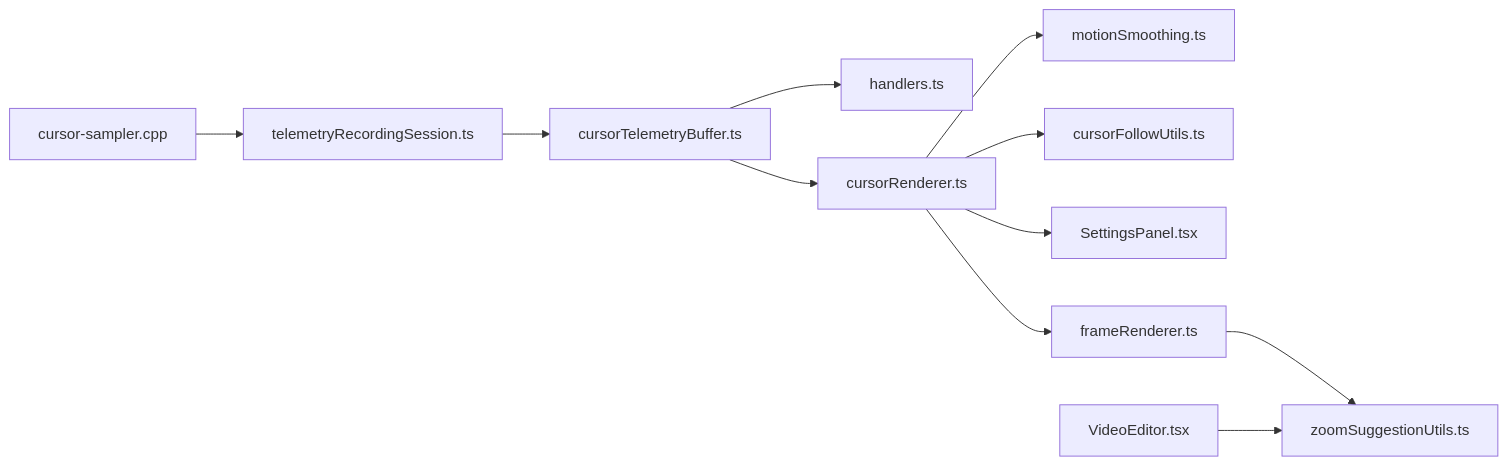
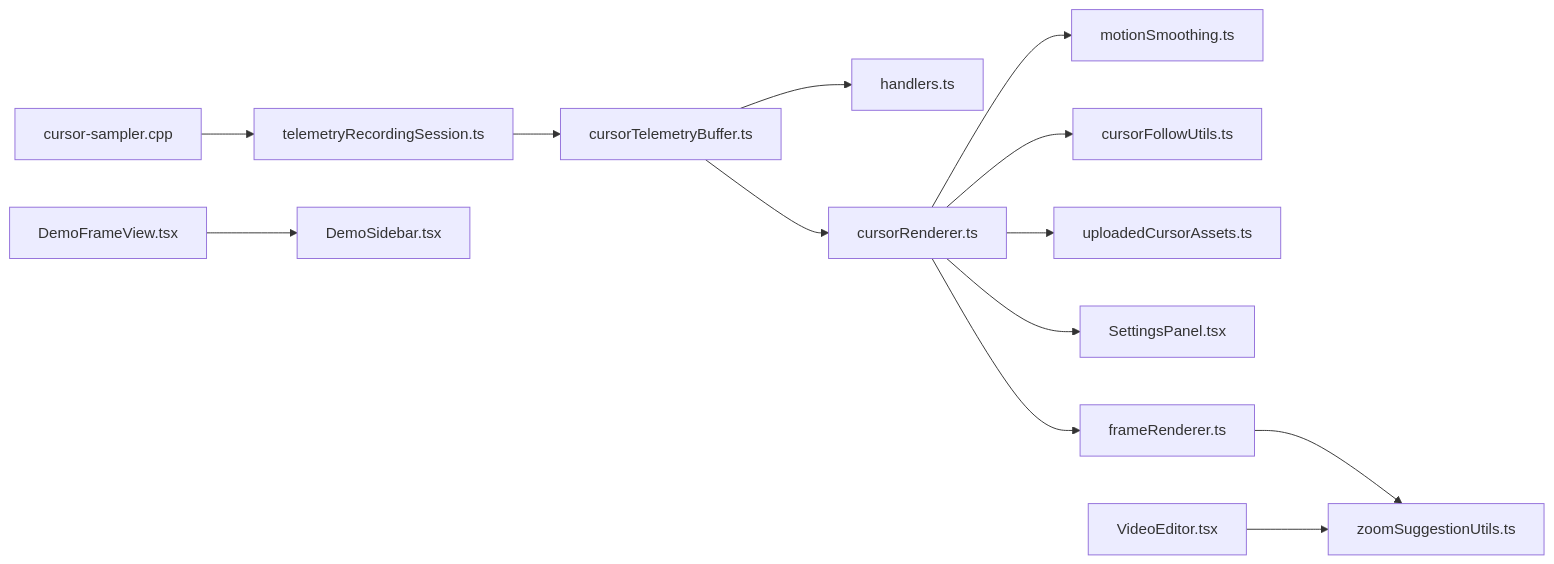
Before and after one commit to zhanggmin/openscreen: diagram 11 of 11 in .qoder/repowiki/zh/content/游标遥测系统/游标遥测系统.md, drawn with Mermaid. The commit also changed other lines of this file and 87 other files, not shown here.

````diff
--- a/.qoder/repowiki/zh/content/游标遥测系统/游标遥测系统.md
+++ b/.qoder/repowiki/zh/content/游标遥测系统/游标遥测系统.md
@@ -379,13 +477,15 @@
 ```mermaid
 graph LR
 CS["cursor-sampler.cpp"] --> TRS["telemetryRecordingSession.ts"]
 TRS --> CTB["cursorTelemetryBuffer.ts"]
 CTB --> IPC["handlers.ts"]
 CTB --> CR["cursorRenderer.ts"]
 CR --> MS["motionSmoothing.ts"]
 CR --> CFU["cursorFollowUtils.ts"]
+CR --> UCAS["uploadedCursorAssets.ts"]
 CR --> THEME["SettingsPanel.tsx"]
 CR --> FR["frameRenderer.ts"]
 FR --> ZS["zoomSuggestionUtils.ts"]
 VE["VideoEditor.tsx"] --> ZS
+DFV["DemoFrameView.tsx"] --> DSB["DemoSidebar.tsx"]
 ```
````
